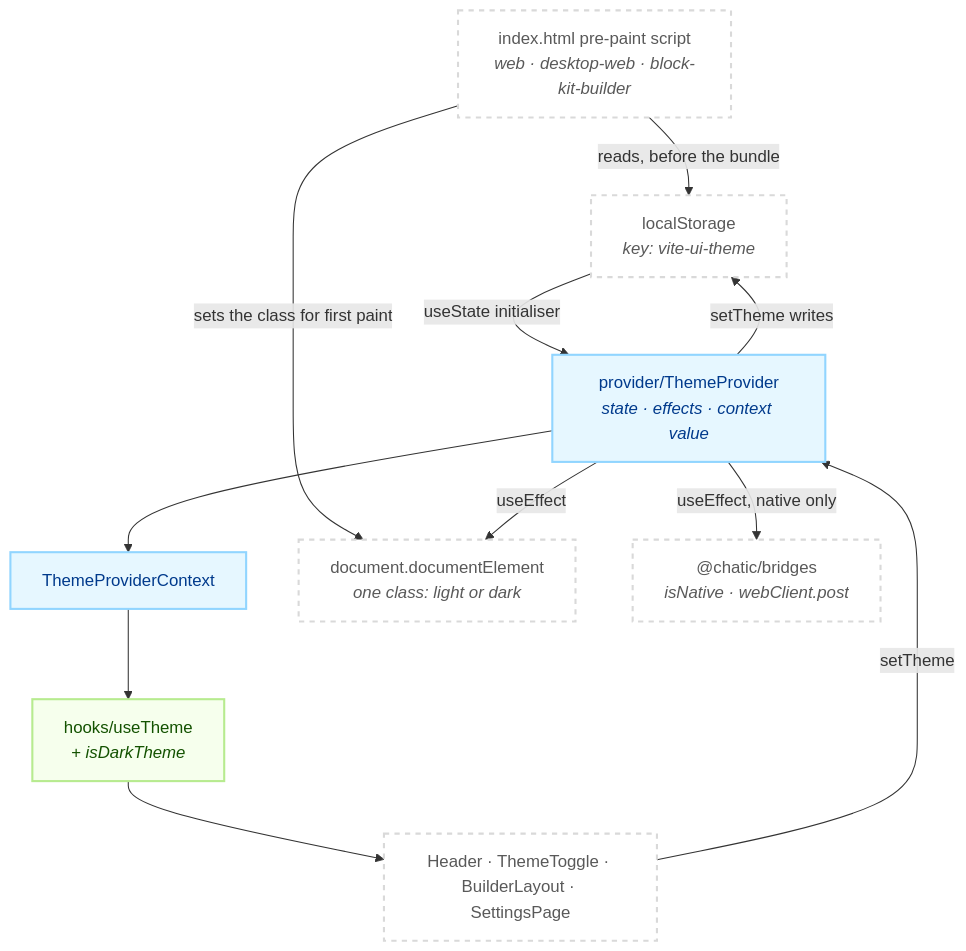
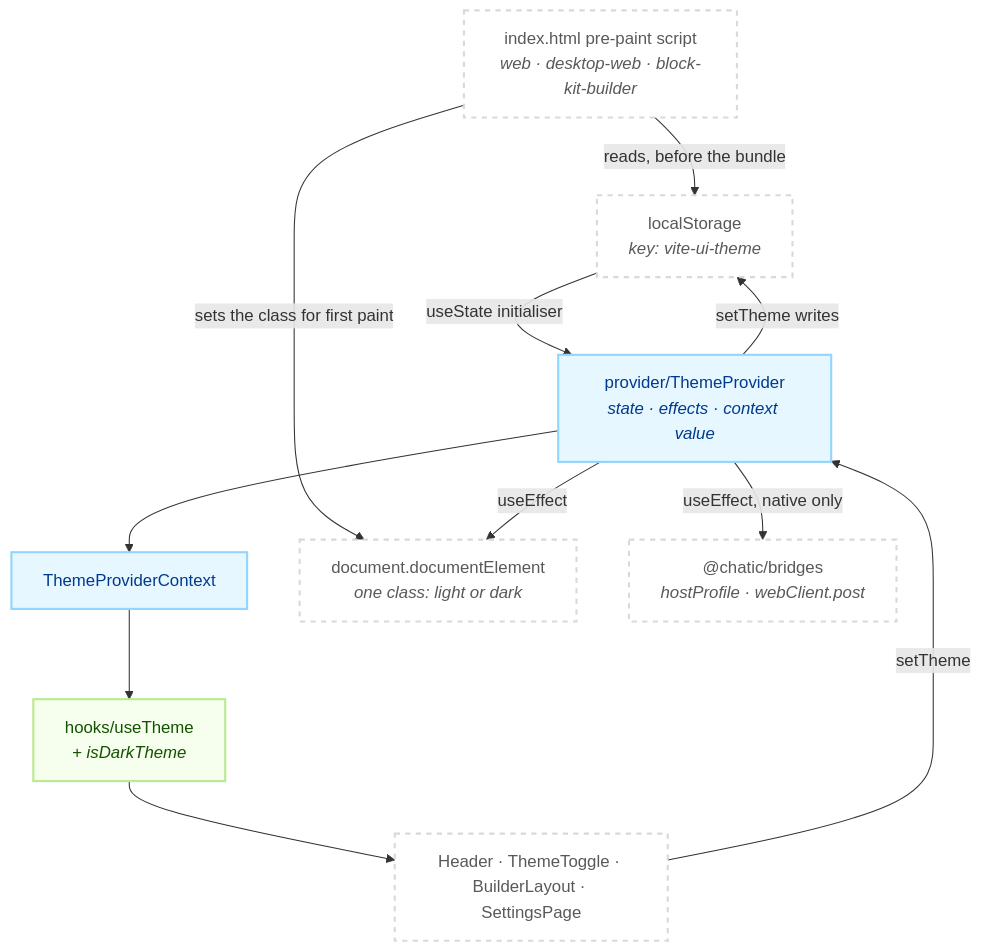
Before and after one commit to lemoncloud-io/dou-app: the first of 2 diagrams in libs/theme/README.md, drawn with Mermaid. The commit also changed other lines of this file and 152 other files, not shown here.

````diff
--- a/libs/theme/README.md
+++ b/libs/theme/README.md
@@ -88,28 +89,28 @@
 ```mermaid
 flowchart TD
     classDef prov fill:#e6f7ff,stroke:#91d5ff,stroke-width:2px,color:#003a8c;
     classDef hook fill:#f6ffed,stroke:#b7eb8f,stroke-width:2px,color:#135200;
     classDef ext fill:#ffffff,stroke:#d9d9d9,stroke-width:2px,color:#595959,stroke-dasharray: 5 5;
 
     Pre["index.html pre-paint script<br/><i>web · desktop-web · block-kit-builder</i>"]:::ext
     LS["localStorage<br/><i>key: vite-ui-theme</i>"]:::ext
 
     Prov["provider/ThemeProvider<br/><i>state · effects · context value</i>"]:::prov
     Ctx["ThemeProviderContext"]:::prov
     Hook["hooks/useTheme<br/><i>+ isDarkTheme</i>"]:::hook
 
     Root["document.documentElement<br/><i>one class: light or dark</i>"]:::ext
-    Bridge["@chatic/bridges<br/><i>isNative · webClient.post</i>"]:::ext
+    Bridge["@chatic/bridges<br/><i>hostProfile · webClient.post</i>"]:::ext
     Consumer["Header · ThemeToggle · BuilderLayout · SettingsPage"]:::ext
 
     Pre -->|reads, before the bundle| LS
     Pre -->|sets the class for first paint| Root
     LS -->|useState initialiser| Prov
     Prov -->|setTheme writes| LS
     Prov -->|useEffect| Root
     Prov -->|useEffect, native only| Bridge
     Prov --> Ctx
     Ctx --> Hook
     Hook --> Consumer
     Consumer -->|setTheme| Prov
 ```
````
